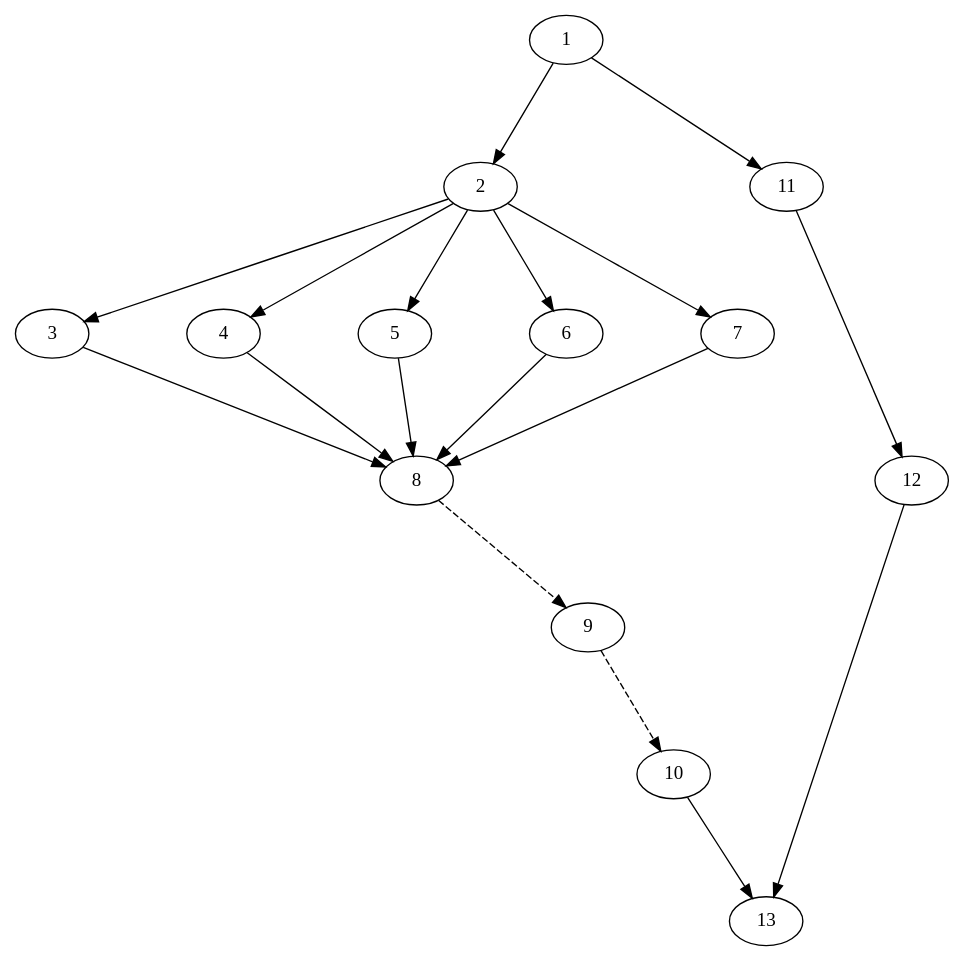
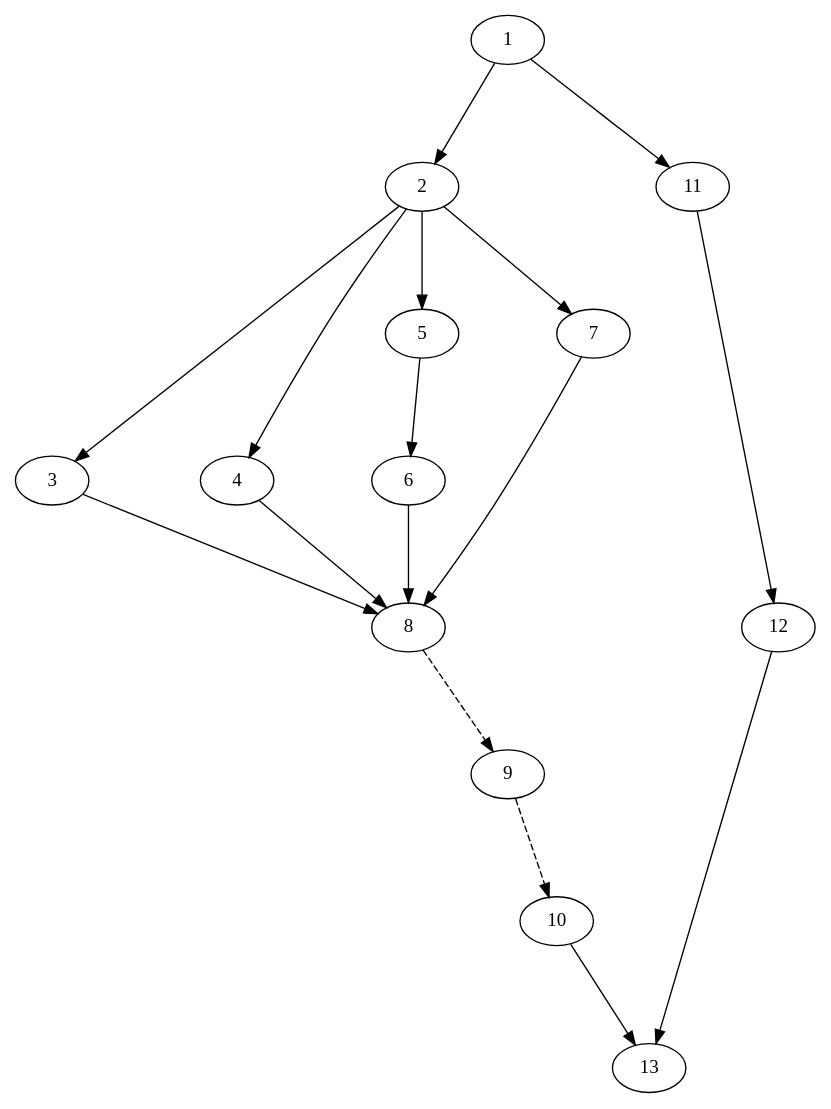
The diagram in dependencias.dot (ralsina/python-no-muerde), drawn with Graphviz before and after one commit. The commit also changed 1 other file, not shown here.

```diff
--- a/dependencias.dot
+++ b/dependencias.dot
@@ -1,26 +1,25 @@
 digraph dependencias {
     nodesep="1.0 equally";
     ranksep="1.0 equally";
     1;
     2;
     3;
     4;
     5;
     6;
     7;
     8;
     9;
     10;
     11;
     12;
     1->2;
     2->3->8;
     2->4->8;
-    2->5->8;
-    2->6->8;
+    2->5->6->8;
     2->7->8;
     9->10 [style=dashed];
     8->9 [style=dashed];
     1->11->12->13;
     10->13;
     }
```
